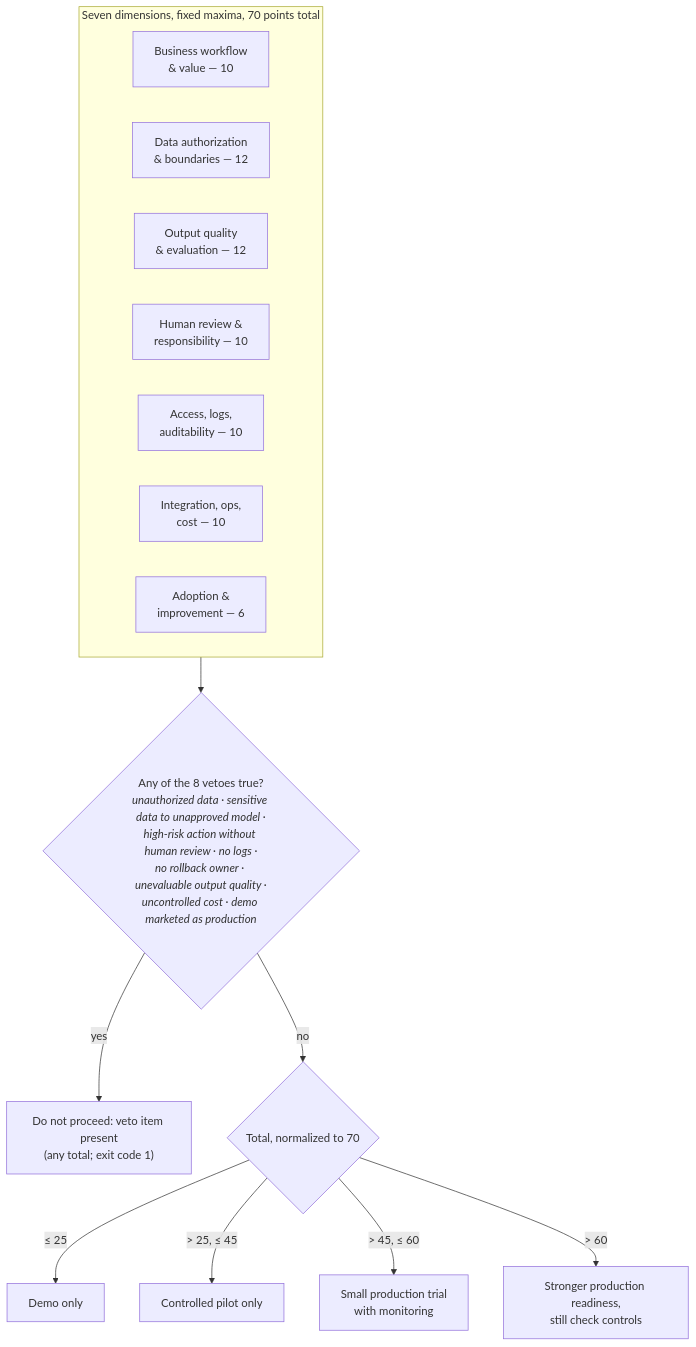
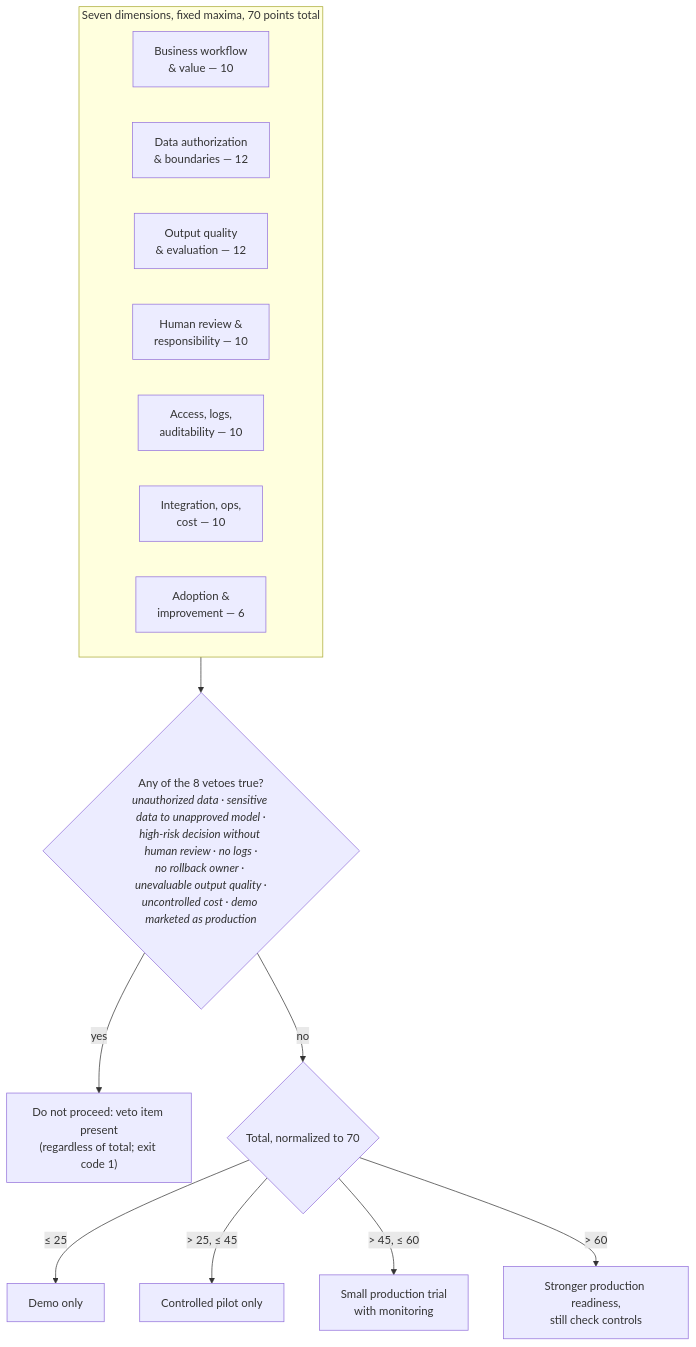
Before and after one commit to Anonymousyz/ai-prototype-to-production-toolkit: the first of 2 diagrams in README.md, drawn with Mermaid. The commit also changed other lines of this file and 3 other files, not shown here.

````diff
--- a/README.md
+++ b/README.md
@@ -133,20 +133,20 @@
 ```mermaid
 flowchart TB
     subgraph dims["Seven dimensions, fixed maxima, 70 points total"]
         direction LR
         D1["Business workflow<br/>& value — 10"]
         D2["Data authorization<br/>& boundaries — 12"]
         D3["Output quality<br/>& evaluation — 12"]
         D4["Human review &<br/>responsibility — 10"]
         D5["Access, logs,<br/>auditability — 10"]
         D6["Integration, ops,<br/>cost — 10"]
         D7["Adoption &<br/>improvement — 6"]
     end
-    dims --> V{"Any of the 8 vetoes true?<br/><i>unauthorized data · sensitive data to unapproved model ·<br/>high-risk action without human review · no logs ·<br/>no rollback owner · unevaluable output quality ·<br/>uncontrolled cost · demo marketed as production</i>"}
-    V -- "yes" --> STOP["Do not proceed: veto item present<br/>(any total; exit code 1)"]
+    dims --> V{"Any of the 8 vetoes true?<br/><i>unauthorized data · sensitive data to unapproved model ·<br/>high-risk decision without human review · no logs ·<br/>no rollback owner · unevaluable output quality ·<br/>uncontrolled cost · demo marketed as production</i>"}
+    V -- "yes" --> STOP["Do not proceed: veto item present<br/>(regardless of total; exit code 1)"]
     V -- "no" --> T{"Total, normalized to 70"}
     T -- "≤ 25" --> R1["Demo only"]
     T -- "> 25, ≤ 45" --> R2["Controlled pilot only"]
     T -- "> 45, ≤ 60" --> R3["Small production trial<br/>with monitoring"]
     T -- "> 60" --> R4["Stronger production readiness,<br/>still check controls"]
 ```
````
